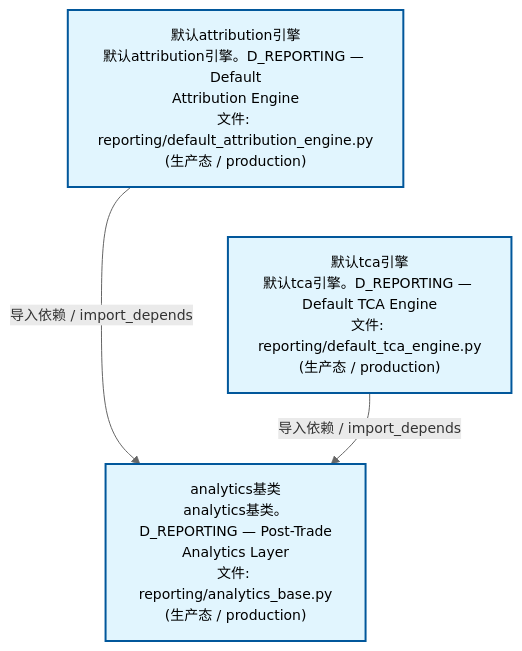
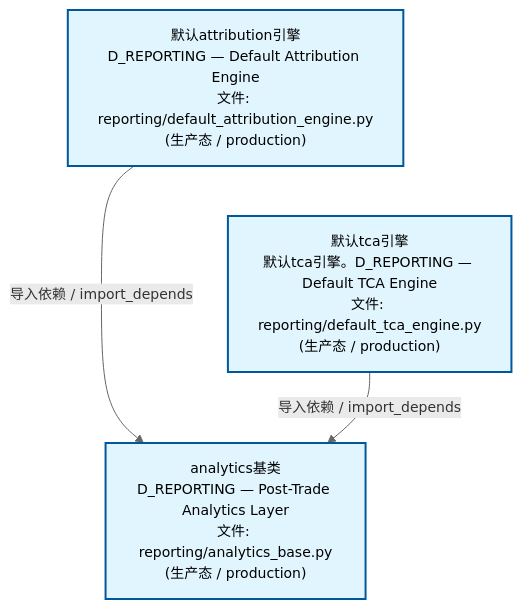
One commit to xuanFelixVan/ZephyrAlpha changed the second of 4 diagrams in docs/02_enterprise_architecture/02_domain_architecture_docs/26_d_reporting.md. Above: the diagram before and after it, drawn with Mermaid. The commit also changed other lines of this file and 61 other files, not shown here.

````diff
--- a/docs/02_enterprise_architecture/02_domain_architecture_docs/26_d_reporting.md
+++ b/docs/02_enterprise_architecture/02_domain_architecture_docs/26_d_reporting.md
@@ -117,15 +117,15 @@
 ```mermaid
 %%{init: {'theme': 'base', 'themeVariables': {'primaryColor': '#eaeaea', 'primaryTextColor': '#333333', 'primaryBorderColor': '#666666', 'lineColor': '#666666', 'secondaryColor': '#eaeaea', 'tertiaryColor': '#eaeaea', 'fontSize': '14px'}}}%%
 flowchart TD
-    src_zephyr_reporting_default_attribution_engine_py["默认attribution引擎<br/>默认attribution引擎。D_REPORTING — Default<br/>Attribution Engine<br/>文件: reporting/default_attribution_engine.py<br/>(生产态 / production)"]
+    src_zephyr_reporting_default_attribution_engine_py["默认attribution引擎<br/>D_REPORTING — Default Attribution Engine<br/>文件: reporting/default_attribution_engine.py<br/>(生产态 / production)"]
     src_zephyr_reporting_default_tca_engine_py["默认tca引擎<br/>默认tca引擎。D_REPORTING — Default TCA Engine<br/>文件: reporting/default_tca_engine.py<br/>(生产态 / production)"]
     src_zephyr_reporting_default_attribution_engine_py ~~~ src_zephyr_reporting_default_tca_engine_py
-    src_zephyr_reporting_analytics_base_py["analytics基类<br/>analytics基类。D_REPORTING — Post-Trade<br/>Analytics Layer<br/>文件: reporting/analytics_base.py<br/>(生产态 / production)"]
+    src_zephyr_reporting_analytics_base_py["analytics基类<br/>D_REPORTING — Post-Trade Analytics Layer<br/>文件: reporting/analytics_base.py<br/>(生产态 / production)"]
     src_zephyr_reporting_default_attribution_engine_py -->|导入依赖 / import_depends| src_zephyr_reporting_analytics_base_py
     src_zephyr_reporting_default_tca_engine_py -->|导入依赖 / import_depends| src_zephyr_reporting_analytics_base_py
     classDef production fill:#e1f5fe,stroke:#01579b,stroke-width:2px,color:#000
     classDef design fill:#fff3e0,stroke:#e65100,stroke-width:2px,color:#000,stroke-dasharray: 5 5
     classDef external_prod fill:#e8f4fd,stroke:#0277bd,stroke-width:1px,color:#000
     classDef external_design fill:#fff8e7,stroke:#ef6c00,stroke-width:1px,color:#000,stroke-dasharray: 5 5
     class src_zephyr_reporting_analytics_base_py,src_zephyr_reporting_default_attribution_engine_py,src_zephyr_reporting_default_tca_engine_py production
 ```
````
